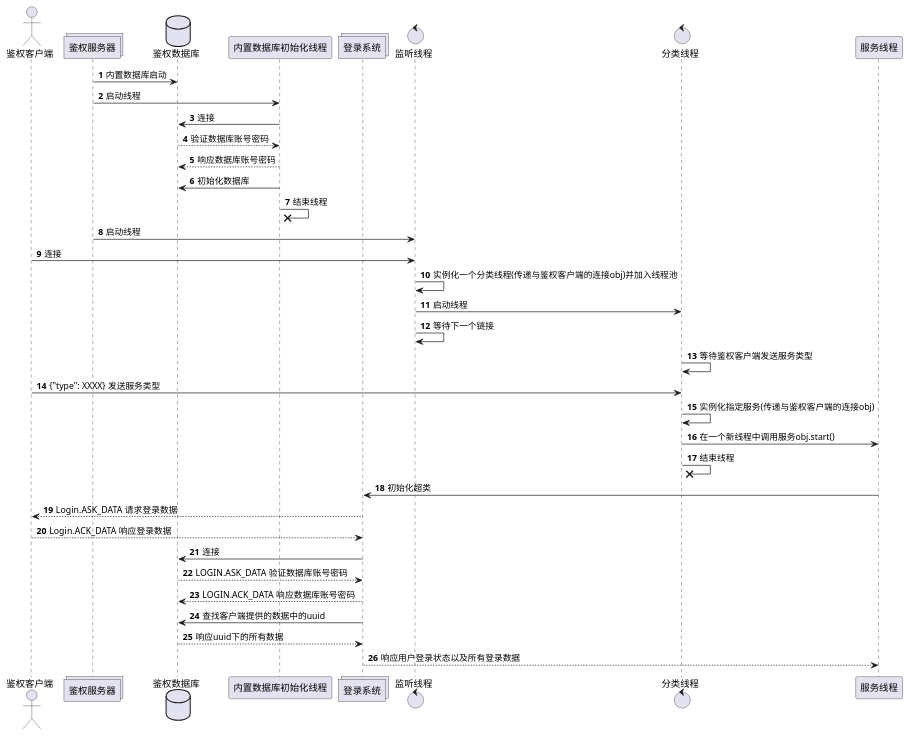
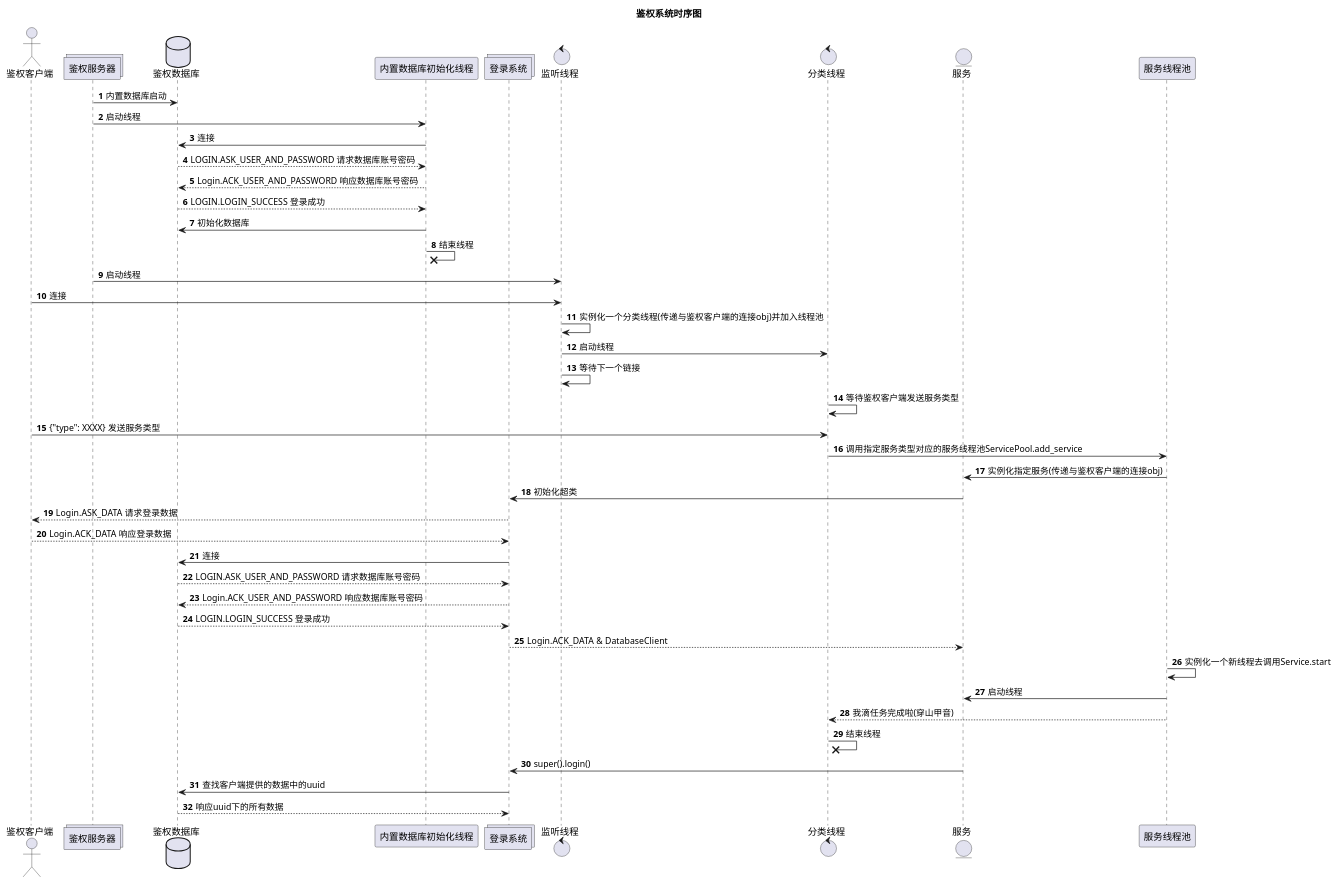
Before and after one commit to C418-11/MesssagePlus: the diagram in 鉴权系统.puml, drawn with PlantUML.

```diff
--- a/鉴权系统.puml
+++ b/鉴权系统.puml
@@ -1,47 +1,53 @@
 @startuml
 'https://plantuml.com/sequence-diagram
 
 autonumber
-
-actor 鉴权客户端
-
+title 鉴权系统时序图
 
 '鉴权服务器初始化
+actor 鉴权客户端
 collections 鉴权服务器
 database 鉴权数据库
 鉴权服务器 -> 鉴权数据库: 内置数据库启动
 鉴权服务器 -> 内置数据库初始化线程: 启动线程
 内置数据库初始化线程 -> 鉴权数据库: 连接
-鉴权数据库 --> 内置数据库初始化线程: 验证数据库账号密码
-内置数据库初始化线程 --> 鉴权数据库: 响应数据库账号密码
+鉴权数据库 --> 内置数据库初始化线程: LOGIN.ASK_USER_AND_PASSWORD 请求数据库账号密码
+内置数据库初始化线程 --> 鉴权数据库: Login.ACK_USER_AND_PASSWORD 响应数据库账号密码
+鉴权数据库 --> 内置数据库初始化线程: LOGIN.LOGIN_SUCCESS 登录成功
 内置数据库初始化线程 -> 鉴权数据库: 初始化数据库
 内置数据库初始化线程 -x 内置数据库初始化线程: 结束线程
-
 
 collections 登录系统
 control 监听线程
 control 分类线程
 鉴权服务器 -> 监听线程: 启动线程
 '鉴权服务器初始化结束
 
 鉴权客户端 -> 监听线程: 连接
 监听线程 -> 监听线程: 实例化一个分类线程(传递与鉴权客户端的连接obj)并加入线程池
 监听线程 -> 分类线程: 启动线程
 监听线程 -> 监听线程: 等待下一个链接
 分类线程 -> 分类线程: 等待鉴权客户端发送服务类型
 鉴权客户端 -> 分类线程: {"type": XXXX} 发送服务类型
-分类线程 -> 分类线程: 实例化指定服务(传递与鉴权客户端的连接obj)
-分类线程 -> 服务线程: 在一个新线程中调用服务obj.start()
-分类线程 -x 分类线程: 结束线程
-服务线程 -> 登录系统: 初始化超类
+entity 服务
+分类线程 -> 服务线程池: 调用指定服务类型对应的服务线程池ServicePool.add_service
+服务线程池 -> 服务: 实例化指定服务(传递与鉴权客户端的连接obj)
+服务 -> 登录系统: 初始化超类
 登录系统 --> 鉴权客户端: Login.ASK_DATA 请求登录数据
 鉴权客户端 --> 登录系统: Login.ACK_DATA 响应登录数据
 登录系统 -> 鉴权数据库: 连接
-鉴权数据库 --> 登录系统: LOGIN.ASK_DATA 验证数据库账号密码
-登录系统 --> 鉴权数据库: LOGIN.ACK_DATA 响应数据库账号密码
+鉴权数据库 --> 登录系统: LOGIN.ASK_USER_AND_PASSWORD 请求数据库账号密码
+登录系统 --> 鉴权数据库: Login.ACK_USER_AND_PASSWORD 响应数据库账号密码
+鉴权数据库 --> 登录系统: LOGIN.LOGIN_SUCCESS 登录成功
+登录系统 --> 服务: Login.ACK_DATA & DatabaseClient
+服务线程池 -> 服务线程池: 实例化一个新线程去调用Service.start
+服务线程池 -> 服务: 启动线程
+服务线程池 --> 分类线程: 我滴任务完成啦(穿山甲音)
+分类线程 -x 分类线程: 结束线程
+服务 -> 登录系统: super().login()
 登录系统 -> 鉴权数据库: 查找客户端提供的数据中的uuid
 鉴权数据库 --> 登录系统: 响应uuid下的所有数据
-登录系统 --> 服务线程: 响应用户登录状态以及所有登录数据
+
 
 
 @enduml
```
